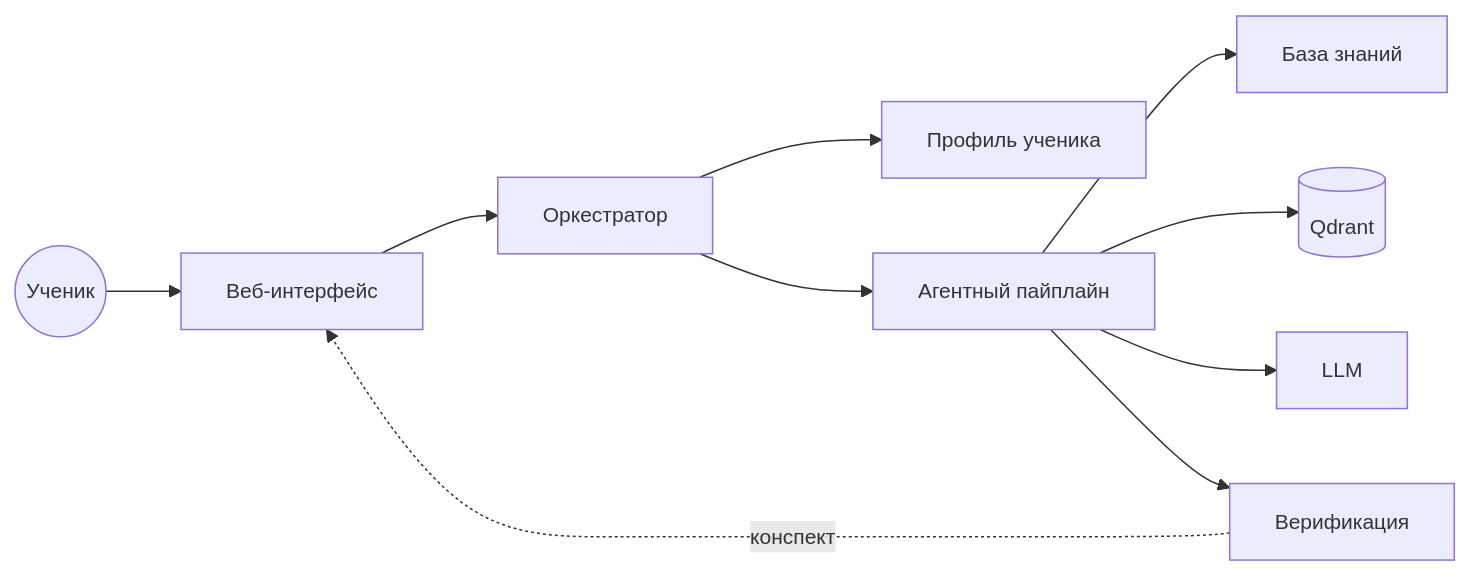
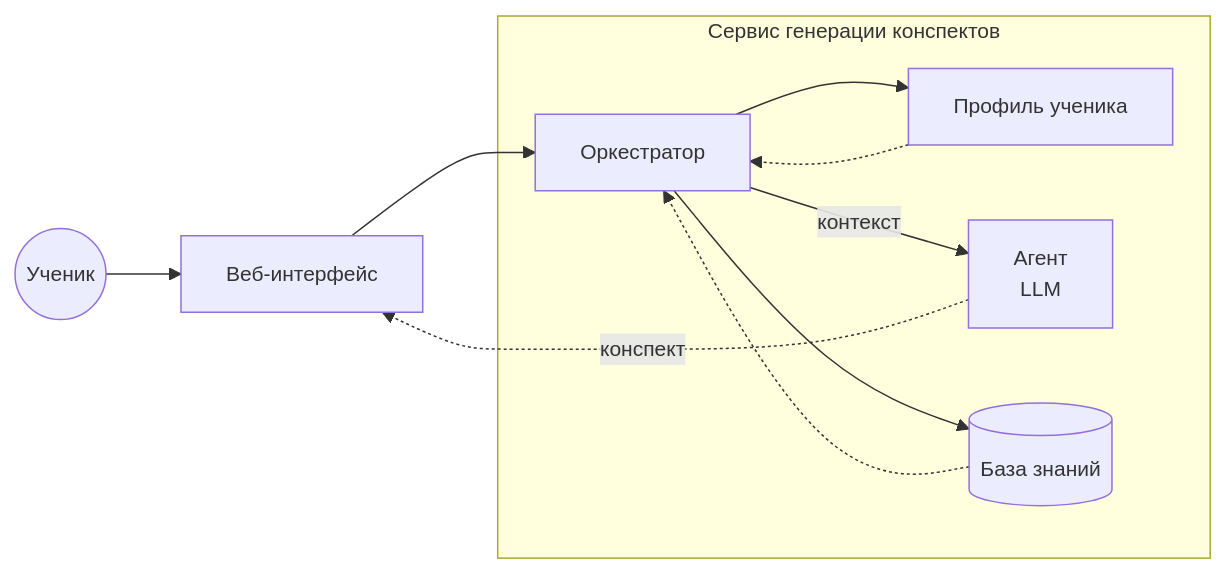
The diagram in doc/presentation/diagrams/architecture.mmd (KuBaN658/UEAT), drawn with Mermaid before and after one commit. The commit also changed 2 other files, not shown here.

Commit message:
edit diagram

```diff
--- a/doc/presentation/diagrams/architecture.mmd
+++ b/doc/presentation/diagrams/architecture.mmd
@@ -1,18 +1,17 @@
 %%{init: {'themeVariables': { 'fontSize': '14px'}}}%%
 flowchart LR
   U((Ученик))
   Web[Веб-интерфейс]
-  Orch[Оркестратор]
-  Prof[Профиль ученика]
-  Agent[Агентный пайплайн]
-  KB[База знаний]
-  Q[(Qdrant)]
-  LLM[LLM]
-  Ver[Верификация]
-  U --> Web --> Orch --> Agent
+  subgraph Service [Сервис генерации конспектов]
+    Orch[Оркестратор]
+    Prof[Профиль ученика]
+    Agent[Агент 
+    LLM]
+    KB[(База знаний)]
+  end
+  U --> Web --> Orch -->|контекст| Agent
   Orch --> Prof
-  Agent --> KB
-  Agent --> Q
-  Agent --> LLM
-  Agent --> Ver
-  Ver -.->|конспект| Web
+  Prof -.-> Orch
+  Orch --> KB
+  KB -.-> Orch
+  Agent -.->|конспект| Web
```
